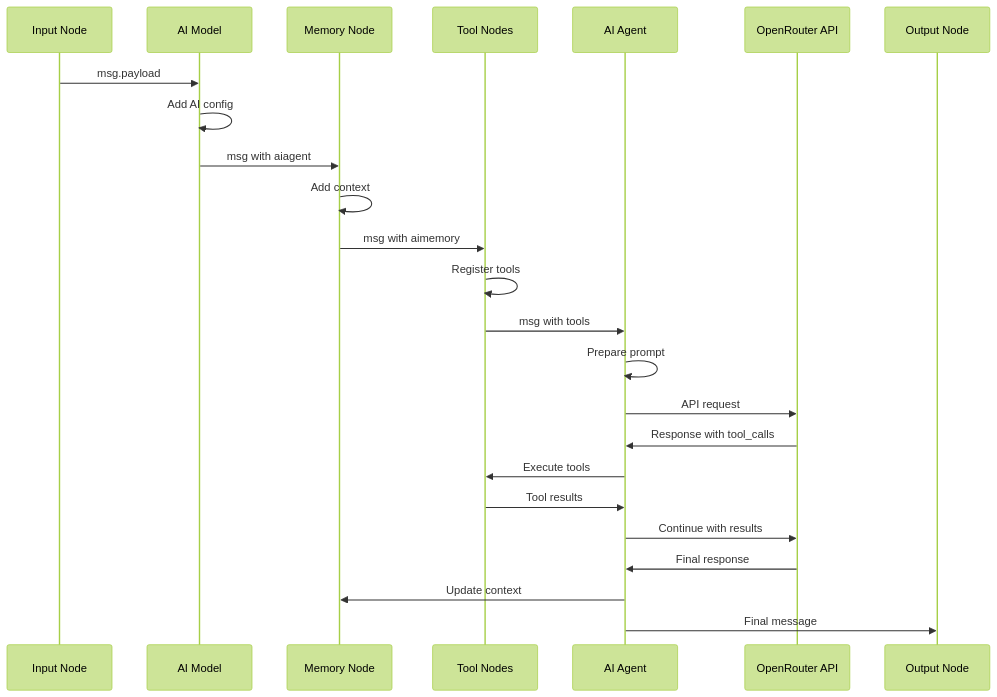
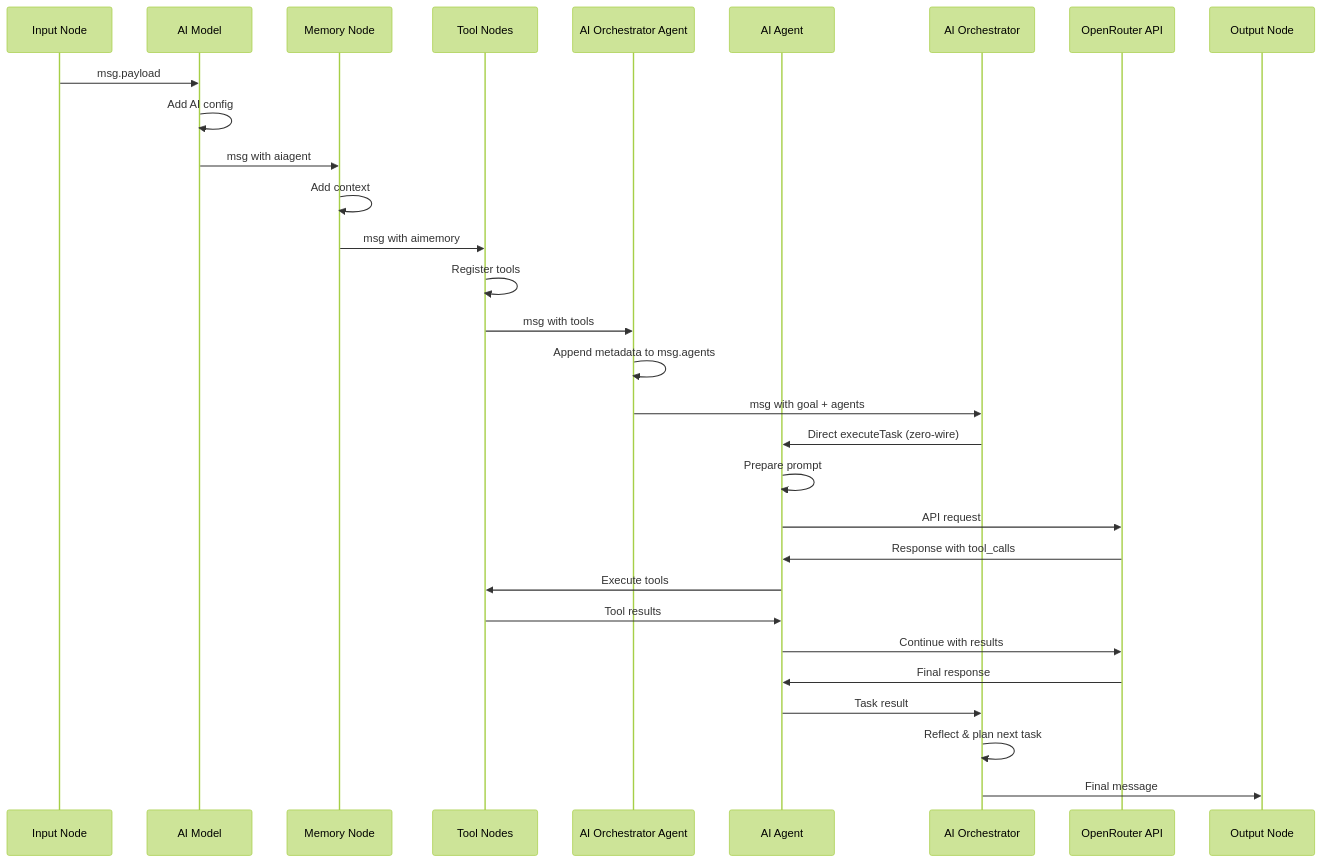
Before and after one commit to ko4lax/node-red-contrib-ai-agent: the diagram in docs/livewiki/data_flow.md, drawn with Mermaid (forest theme). The commit also changed other lines of this file and 12 other files, not shown here.

Commit message:
docs: update AI Orchestrator Agent naming and add comprehensive Chain Discovery documentation across README, architecture, and module references.

````diff
--- a/docs/livewiki/data_flow.md
+++ b/docs/livewiki/data_flow.md
@@ -108,27 +108,33 @@
 ```mermaid
 sequenceDiagram
     participant Input as Input Node
     participant Model as AI Model
     participant Memory as Memory Node
     participant Tools as Tool Nodes
+    participant Discover as AI Orchestrator Agent
     participant Agent as AI Agent
+    participant Orch as AI Orchestrator
     participant AI as OpenRouter API
     participant Output as Output Node
     
     Input->>Model: msg.payload
     Model->>Model: Add AI config
     Model->>Memory: msg with aiagent
     Memory->>Memory: Add context
     Memory->>Tools: msg with aimemory
     Tools->>Tools: Register tools
-    Tools->>Agent: msg with tools
+    Tools->>Discover: msg with tools
+    Discover->>Discover: Append metadata to msg.agents
+    Discover->>Orch: msg with goal + agents
+    Orch->>Agent: Direct executeTask (zero-wire)
     Agent->>Agent: Prepare prompt
     Agent->>AI: API request
     AI->>Agent: Response with tool_calls
     Agent->>Tools: Execute tools
     Tools->>Agent: Tool results
     Agent->>AI: Continue with results
     AI->>Agent: Final response
-    Agent->>Memory: Update context
-    Agent->>Output: Final message
+    Agent->>Orch: Task result
+    Orch->>Orch: Reflect & plan next task
+    Orch->>Output: Final message
 ```
````
